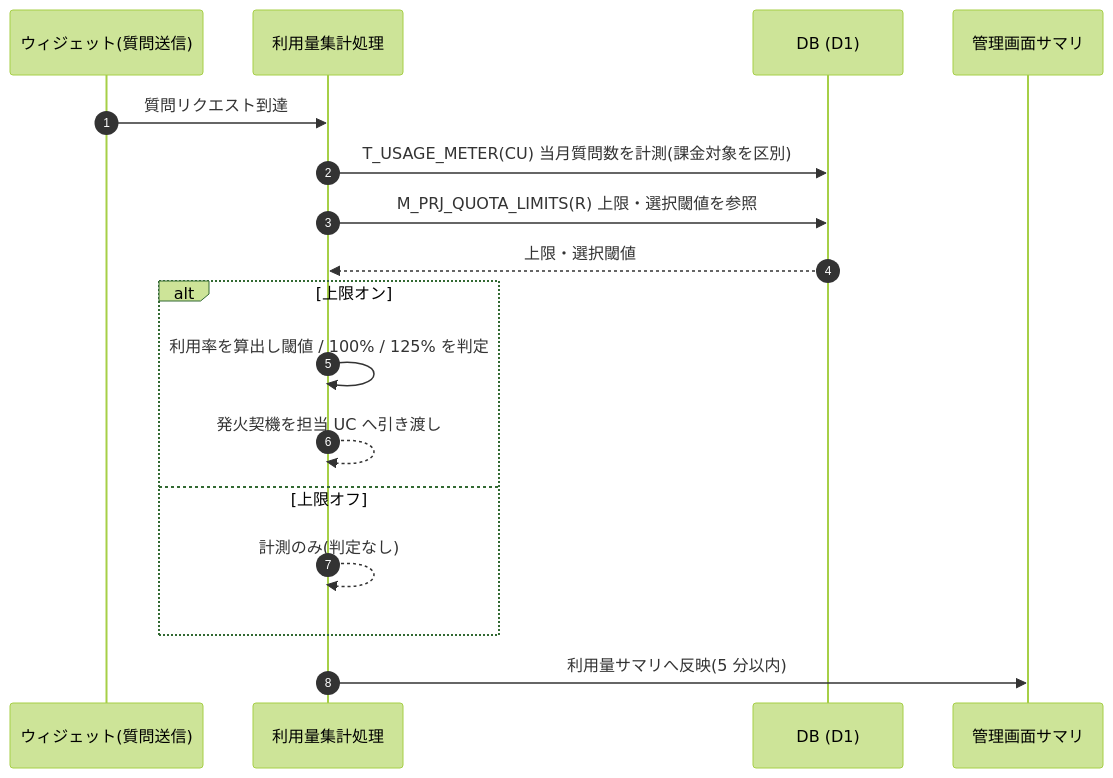
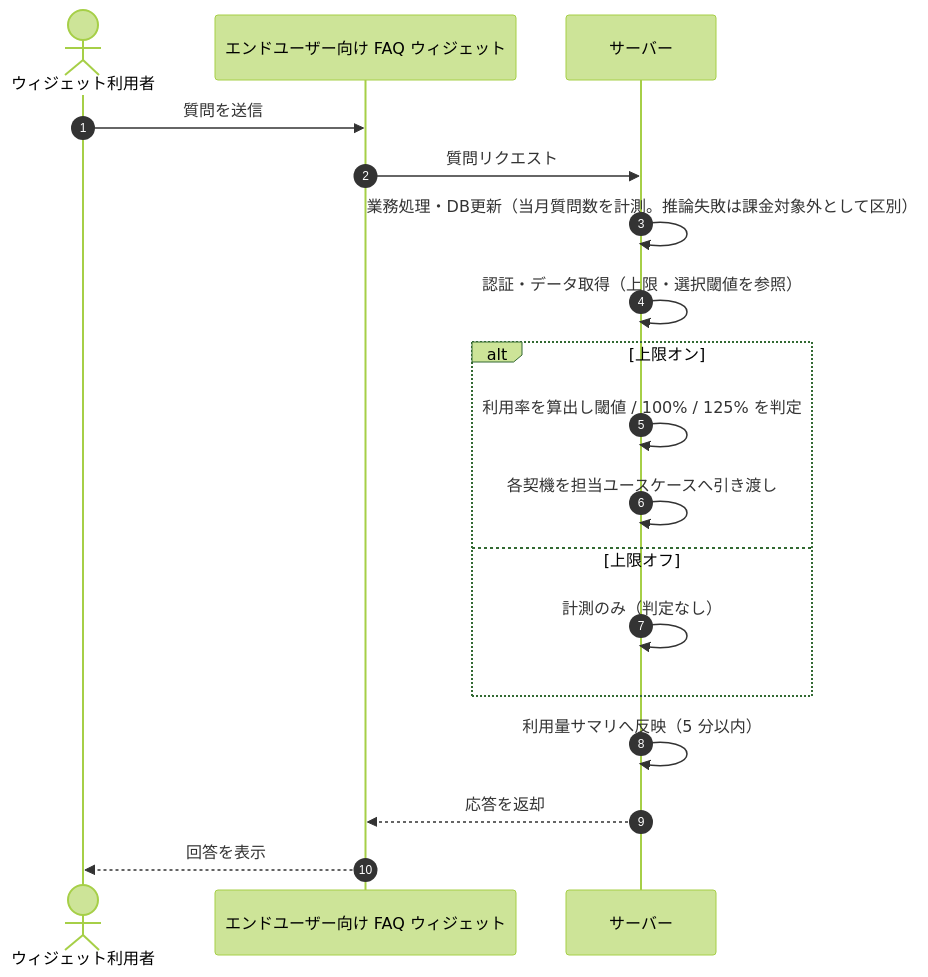
One commit to sikakou54/open-faq changed the diagram in 02_basic_design/05_sequences/SEQ-099.md. Above: the diagram before and after it, drawn with Mermaid (forest theme). The commit also changed other lines of this file and 108 other files, not shown here.

First line of the commit message:
基本設計: シーケンス図を基本設計粒度(ユーザー/画面/サーバー)へ再編成

````diff
--- a/02_basic_design/05_sequences/SEQ-099.md
+++ b/02_basic_design/05_sequences/SEQ-099.md
@@ -25,19 +32,20 @@
 ```mermaid
 sequenceDiagram
   autonumber
-  participant W as ウィジェット(質問送信)
-  participant A as 利用量集計処理
-  participant DB as DB (D1)
-  participant S as 管理画面サマリ
-  W->>A: 質問リクエスト到達
-  A->>DB: T_USAGE_METER(CU) 当月質問数を計測(課金対象を区別)
-  A->>DB: M_PRJ_QUOTA_LIMITS(R) 上限・選択閾値を参照
-  DB-->>A: 上限・選択閾値
+  actor U as ウィジェット利用者
+  participant Screen as エンドユーザー向け FAQ ウィジェット
+  participant Server as サーバー
+  U->>Screen: 質問を送信
+  Screen->>Server: 質問リクエスト
+  Server->>Server: 業務処理・DB更新（当月質問数を計測。推論失敗は課金対象外として区別）
+  Server->>Server: 認証・データ取得（上限・選択閾値を参照）
   alt 上限オン
-    A->>A: 利用率を算出し閾値 / 100% / 125% を判定
-    A-->>A: 発火契機を担当 UC へ引き渡し
+    Server->>Server: 利用率を算出し閾値 / 100% / 125% を判定
+    Server->>Server: 各契機を担当ユースケースへ引き渡し
   else 上限オフ
-    A-->>A: 計測のみ(判定なし)
+    Server->>Server: 計測のみ（判定なし）
   end
-  A->>S: 利用量サマリへ反映(5 分以内)
+  Server->>Server: 利用量サマリへ反映（5 分以内）
+  Server-->>Screen: 応答を返却
+  Screen-->>U: 回答を表示
 ```
````
